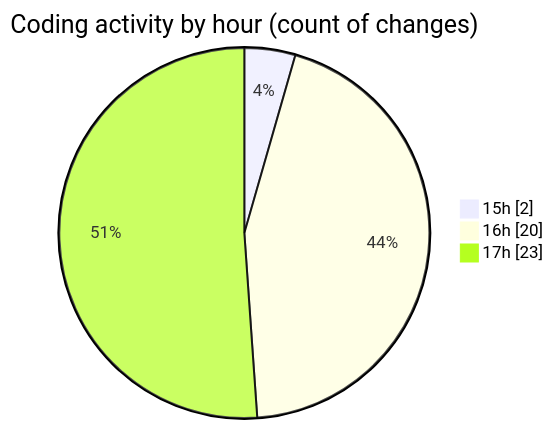
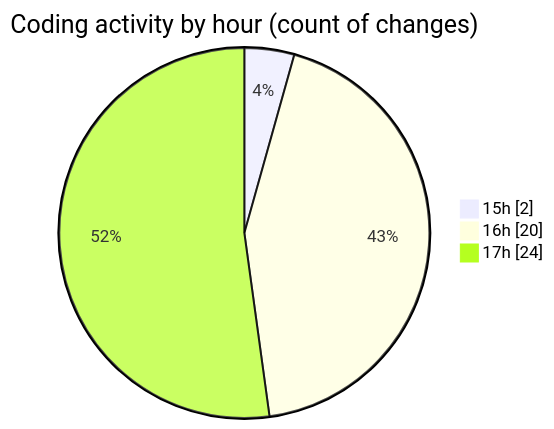
Before and after one commit to nxtqubesakshisongat/code-tracking: the second of 2 diagrams in 2025-08-09/nxtqube_webapp/README.md, drawn with Mermaid. The commit also changed other lines of this file and 1 other file, not shown here.

````diff
--- a/2025-08-09/nxtqube_webapp/README.md
+++ b/2025-08-09/nxtqube_webapp/README.md
@@ -29,7 +29,7 @@
 ```mermaid
 pie showData
 title Coding activity by hour (count of changes)
 "15h" : 2
 "16h" : 20
-"17h" : 23
+"17h" : 24
 ```
````
